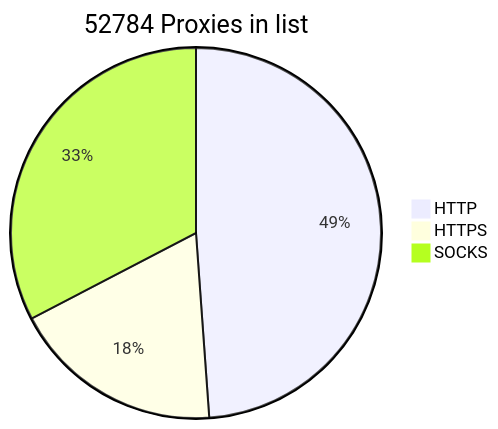
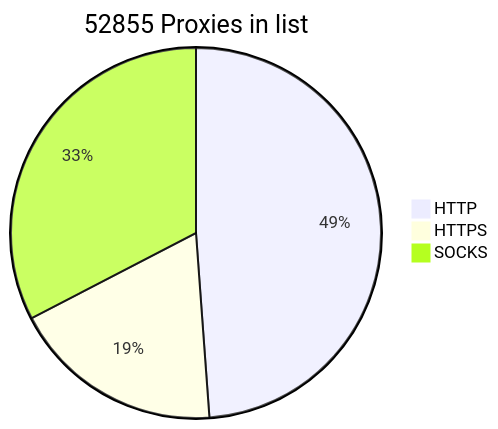
One commit to BlackSnowDot/proxylist-update-every-minute changed the diagram in README.md. Above: the diagram before and after it, drawn with Mermaid.

````diff
--- a/README.md
+++ b/README.md
@@ -2,6 +2,6 @@
 ```mermaid
-pie title 52784 Proxies in list
-    "HTTP" : 29032
-    "HTTPS": 10992
+pie title 52855 Proxies in list
+    "HTTP" : 29057
+    "HTTPS": 11038
     "SOCKS" : 19396
 ```
````
